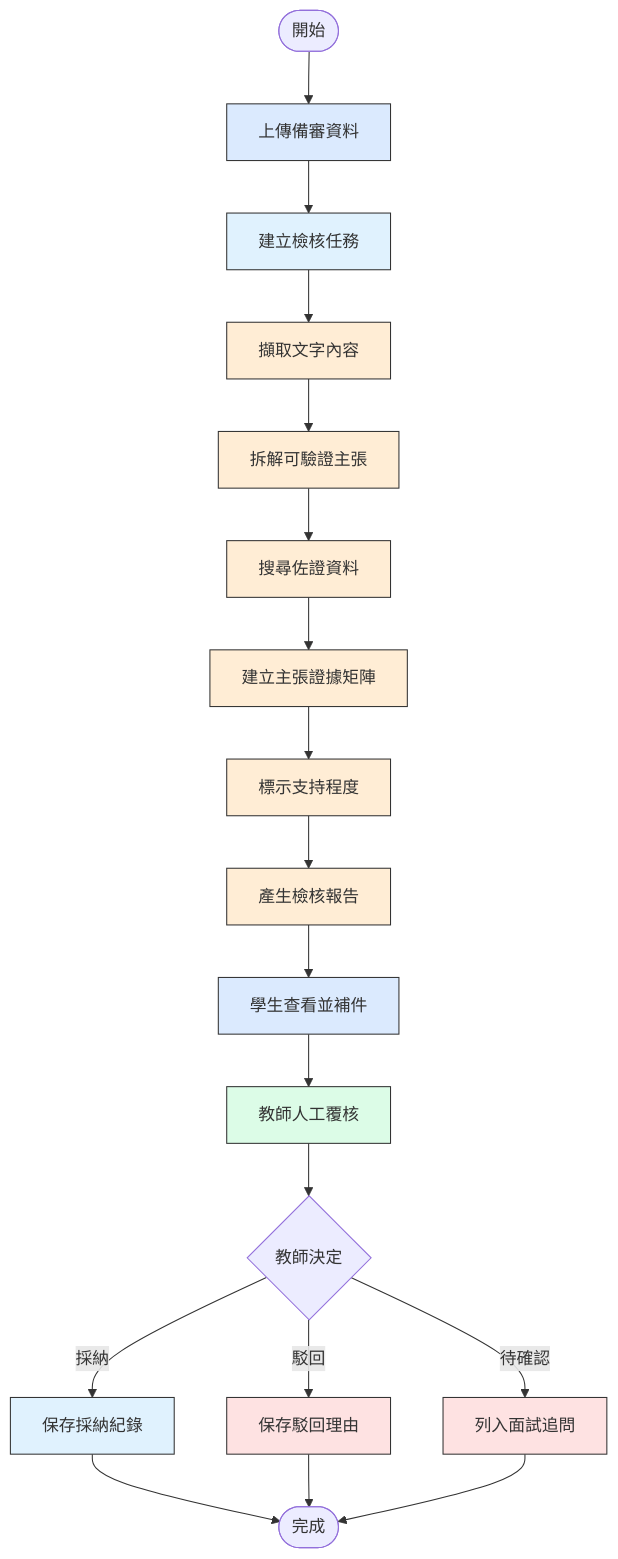
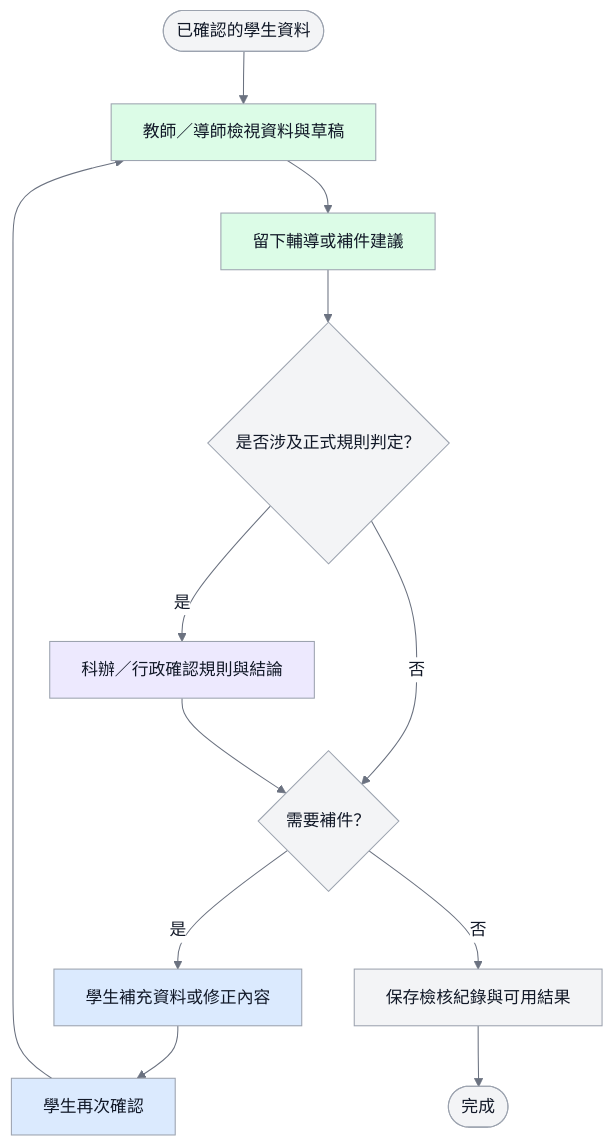
The third of 8 diagrams in docs/04_圖表與介面/diagrams.md (vujhdcusa/1028), drawn with Mermaid before and after one commit. The commit also changed other lines of this file and 16 other files, not shown here.

Commit message:
docs: correct learning portfolio flow diagrams

````diff
--- a/docs/04_圖表與介面/diagrams.md
+++ b/docs/04_圖表與介面/diagrams.md
@@ -129,26 +69,20 @@
 ```mermaid
+%%{init: {'theme':'base','themeVariables': {'fontFamily':'Microsoft JhengHei, Noto Sans TC, Arial, sans-serif','primaryColor':'#F3F4F6','primaryTextColor':'#111827','primaryBorderColor':'#9CA3AF','lineColor':'#6B7280','edgeLabelBackground':'#FFFFFF'}}}%%
 flowchart TD
-    classDef student fill:#DBEAFE,stroke:#333;
-    classDef teacher fill:#DCFCE7,stroke:#333;
-    classDef ai fill:#FFEDD5,stroke:#333;
-    classDef backend fill:#E0F2FE,stroke:#333;
-    classDef alert fill:#FEE2E2,stroke:#333;
+    classDef student fill:#DBEAFE,stroke:#9CA3AF,color:#111827,stroke-width:1px;
+    classDef teacher fill:#DCFCE7,stroke:#9CA3AF,color:#111827,stroke-width:1px;
+    classDef staff fill:#EDE9FE,stroke:#9CA3AF,color:#111827,stroke-width:1px;
+    classDef system fill:#F3F4F6,stroke:#9CA3AF,color:#111827,stroke-width:1px;
 
-    Start([開始]) --> Upload[上傳備審資料]:::student
-    Upload --> CreateTask[建立檢核任務]:::backend
-    CreateTask --> Extract[擷取文字內容]:::ai
-    Extract --> Claims[拆解可驗證主張]:::ai
-    Claims --> SearchEvidence[搜尋佐證資料]:::ai
-    SearchEvidence --> Matrix[建立主張證據矩陣]:::ai
-    Matrix --> Status[標示支持程度]:::ai
-    Status --> Report[產生檢核報告]:::ai
-    Report --> StudentReview[學生查看並補件]:::student
-    StudentReview --> TeacherReview[教師人工覆核]:::teacher
-    TeacherReview --> Decision{教師決定}
-    Decision -- 採納 --> Accepted[保存採納紀錄]:::backend
-    Decision -- 駁回 --> Rejected[保存駁回理由]:::alert
-    Decision -- 待確認 --> Pending[列入面試追問]:::alert
-    Accepted --> End([完成])
-    Rejected --> End
-    Pending --> End
+    Start([已確認的學生資料]) --> TeacherView[教師／導師檢視資料與草稿]:::teacher
+    TeacherView --> Advice[留下輔導或補件建議]:::teacher
+    Advice --> RuleCheck{是否涉及正式規則判定？}
+    RuleCheck -- 是 --> StaffCheck[科辦／行政確認規則與結論]:::staff
+    RuleCheck -- 否 --> NeedFix{需要補件？}
+    StaffCheck --> NeedFix
+    NeedFix -- 是 --> StudentFix[學生補充資料或修正內容]:::student
+    StudentFix --> StudentConfirm[學生再次確認]:::student
+    StudentConfirm --> TeacherView
+    NeedFix -- 否 --> Record[保存檢核紀錄與可用結果]:::system
+    Record --> End([完成])
 ```
````
